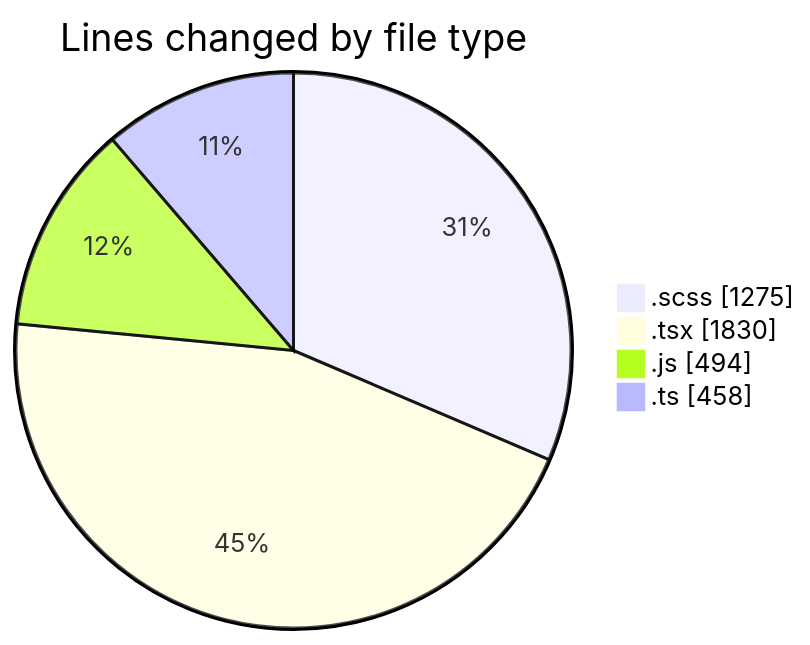
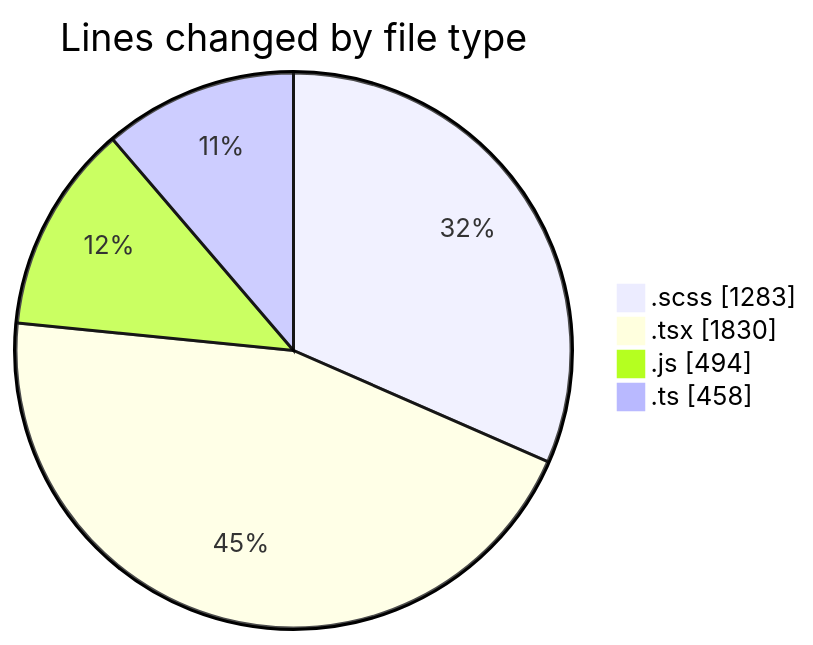
One commit to momahboobian/code-tracking changed the first of 2 diagrams in 2025-03-14/cda/README.md. Above: the diagram before and after it, drawn with Mermaid. The commit also changed other lines of this file and 1 other file, not shown here.

````diff
--- a/2025-03-14/cda/README.md
+++ b/2025-03-14/cda/README.md
@@ -41,8 +41,8 @@
 ```mermaid
 pie showData
 title Lines changed by file type
-".scss" : 1275
+".scss" : 1283
 ".tsx" : 1830
 ".js" : 494
 ".ts" : 458
 ```
````
